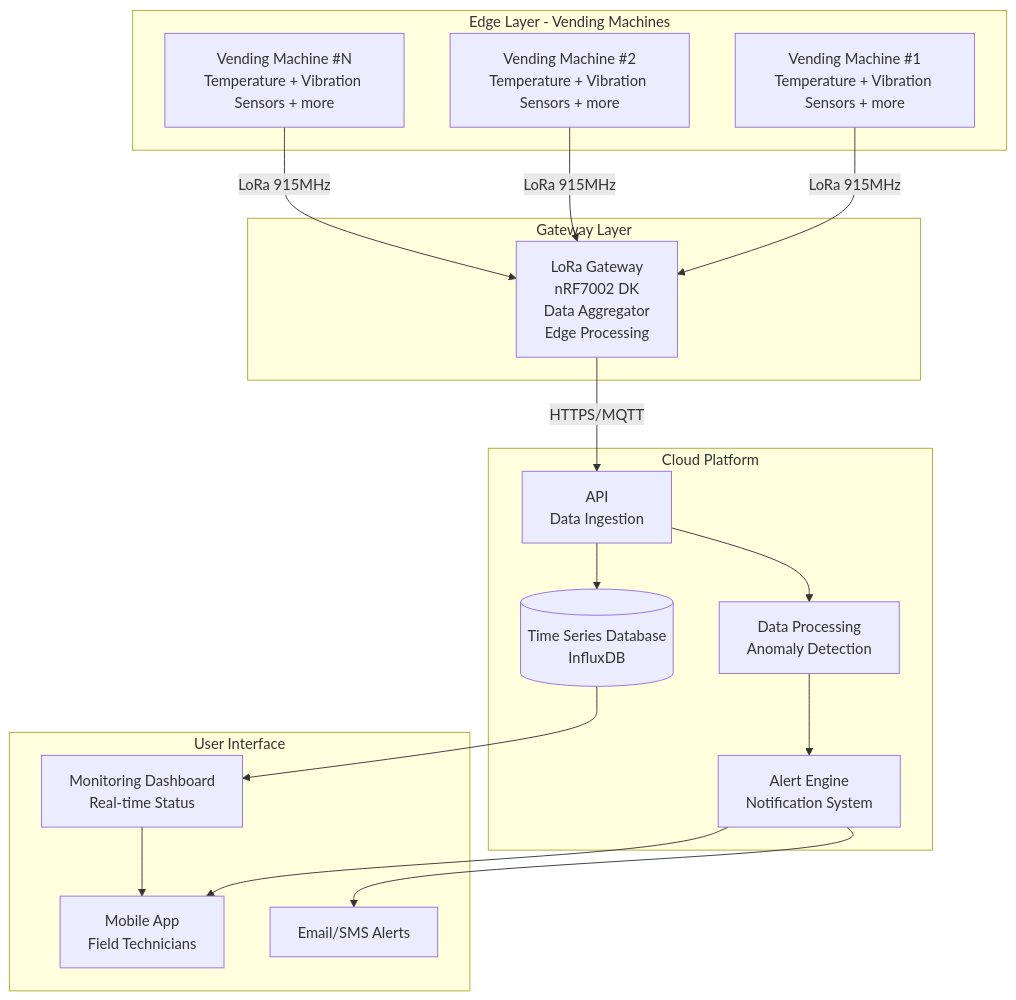
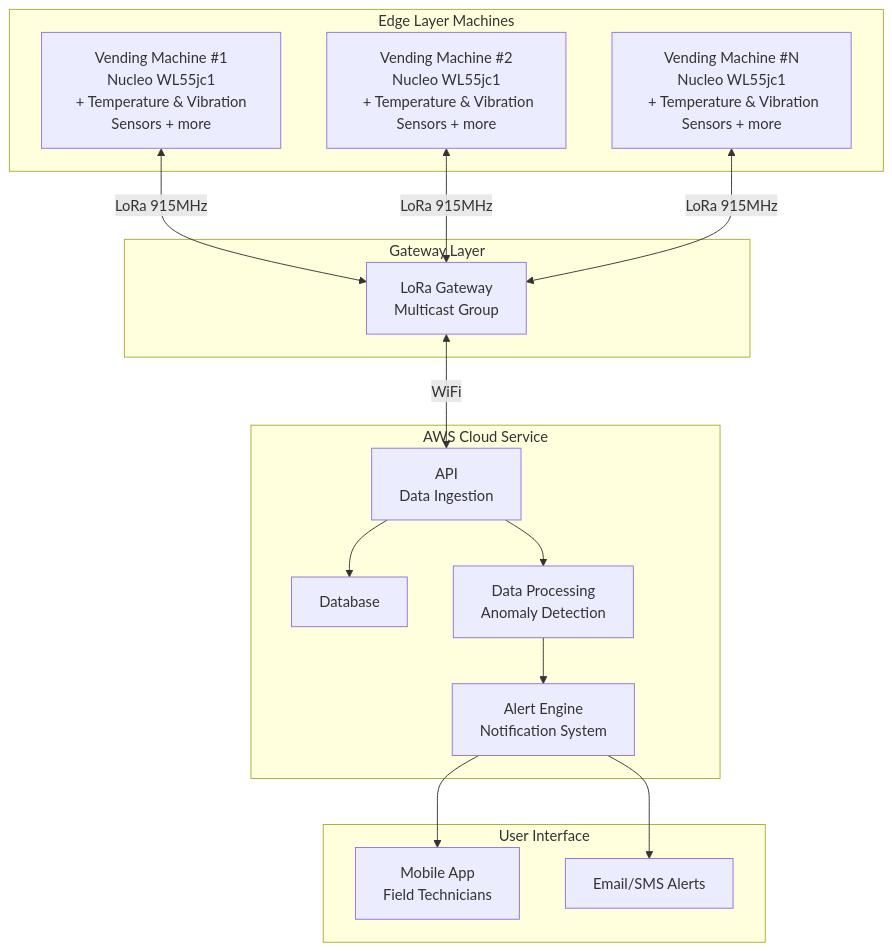
One commit to ese5180/iot-venture-f25-the-circuiteers changed the second of 2 diagrams in README.md. Above: the diagram before and after it, drawn with Mermaid. The commit also changed other lines of this file and 2 other files, not shown here.

Commit message:
update readme block diagram

````diff
--- a/README.md
+++ b/README.md
@@ -108,38 +79,35 @@
 ```mermaid
 graph TB
-    subgraph "Edge Layer - Vending Machines"
-        VM1[Vending Machine #1<br/>Temperature + Vibration Sensors + more]
-        VM2[Vending Machine #2<br/>Temperature + Vibration Sensors + more]
-        VM3[Vending Machine #N<br/>Temperature + Vibration Sensors + more]
+    subgraph "Edge Layer Machines"
+        VM1[Vending Machine #1<br/>Nucleo WL55jc1<br/> + Temperature & Vibration Sensors + more]
+        VM2[Vending Machine #2<br/>Nucleo WL55jc1<br/>  + Temperature & Vibration Sensors + more]
+        VM3[Vending Machine #N<br/>Nucleo WL55jc1<br/>  + Temperature & Vibration Sensors + more]
     end
     
     subgraph "Gateway Layer"
-        GW[LoRa Gateway<br/>nRF7002 DK<br/>Data Aggregator<br/>Edge Processing]
+        GW[LoRa Gateway<br/>Multicast Group]
     end
     
-    subgraph "Cloud Platform"
+    subgraph "AWS Cloud Service"
         API[API<br/>Data Ingestion]
-        DB[(Time Series Database<br/>InfluxDB)]
+        DB[Database]
         PROC[Data Processing<br/>Anomaly Detection]
         ALERT[Alert Engine<br/>Notification System]
     end
     
     subgraph "User Interface"
-        DASH[Monitoring Dashboard<br/>Real-time Status]
         MOBILE[Mobile App<br/>Field Technicians]
         EMAIL[Email/SMS Alerts]
     end
     
-    VM1 -->|LoRa 915MHz| GW
-    VM2 -->|LoRa 915MHz| GW
-    VM3 -->|LoRa 915MHz| GW
+    VM1 <-->|LoRa 915MHz| GW
+    VM2 <-->|LoRa 915MHz| GW
+    VM3 <-->|LoRa 915MHz| GW
     
-    GW -->|HTTPS/MQTT| API
+    GW <-->|WiFi| API
     API --> DB
     API --> PROC
     PROC --> ALERT
-    DB --> DASH
     ALERT --> EMAIL
     ALERT --> MOBILE
-    DASH --> MOBILE
 ```
````
